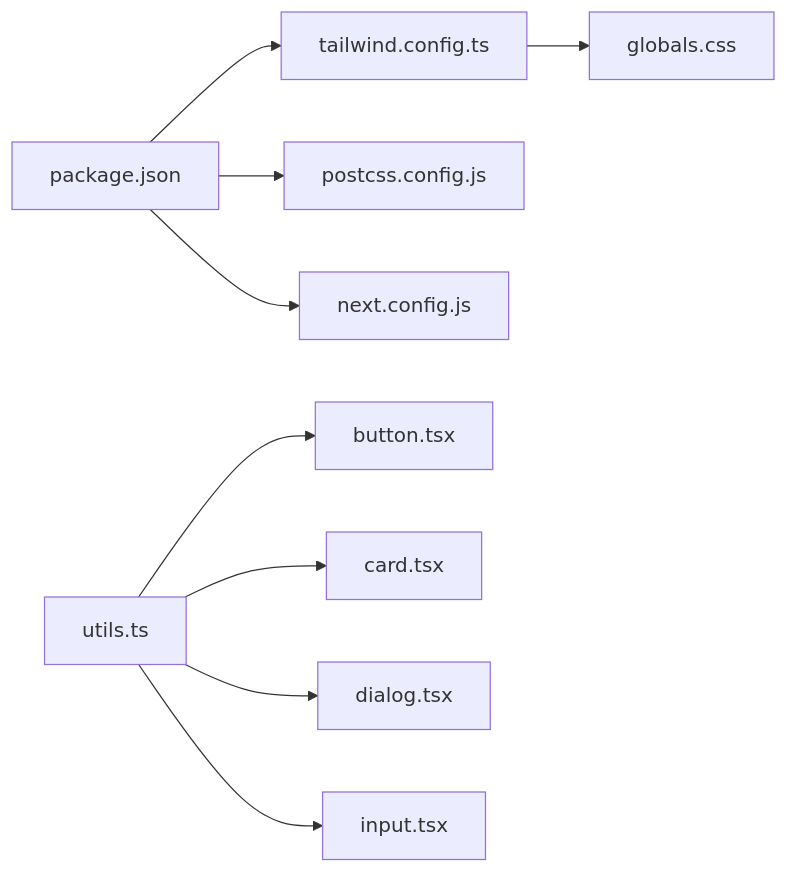
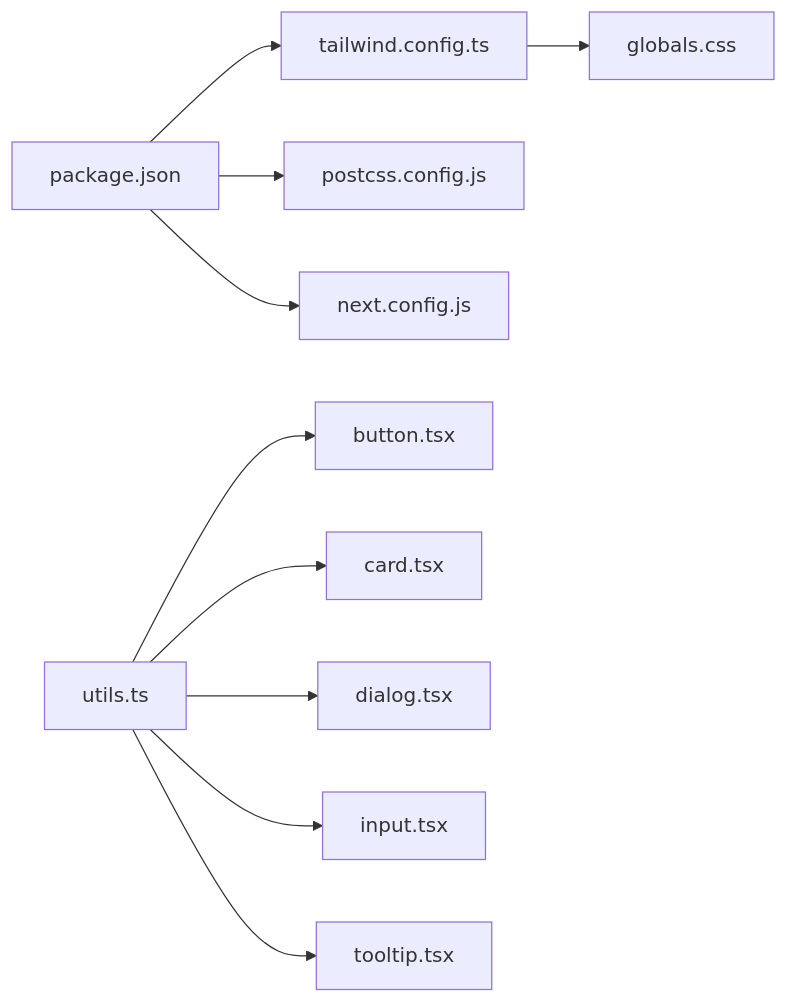
The ninth of 9 diagrams in .qoder/repowiki/zh/content/前端应用架构/UI组件系统.md (zmdhdu/NexusCockpit), drawn with Mermaid before and after one commit. The commit also changed other lines of this file and 16 other files, not shown here.

````diff
--- a/.qoder/repowiki/zh/content/前端应用架构/UI组件系统.md
+++ b/.qoder/repowiki/zh/content/前端应用架构/UI组件系统.md
@@ -322,11 +386,12 @@
 ```mermaid
 graph LR
 Pkg["package.json"] --> TW["tailwind.config.ts"]
 Pkg --> PC["postcss.config.js"]
 Pkg --> NX["next.config.js"]
 TW --> CSS["globals.css"]
 UT["utils.ts"] --> BTN["button.tsx"]
 UT --> CARD["card.tsx"]
 UT --> DIALOG["dialog.tsx"]
 UT --> INPUT["input.tsx"]
+UT --> TOOLTIP["tooltip.tsx"]
 ```
````
